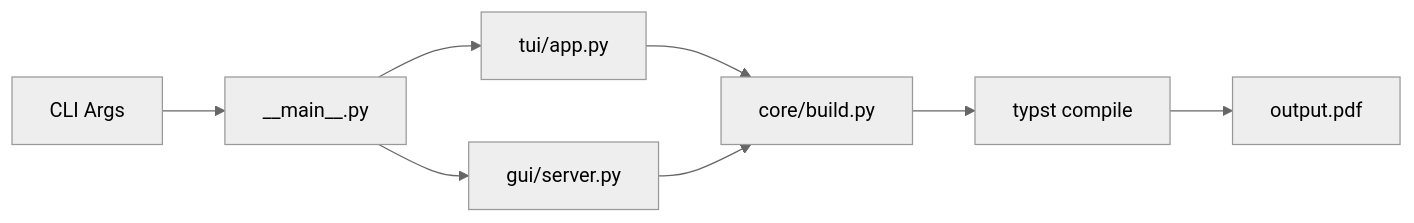
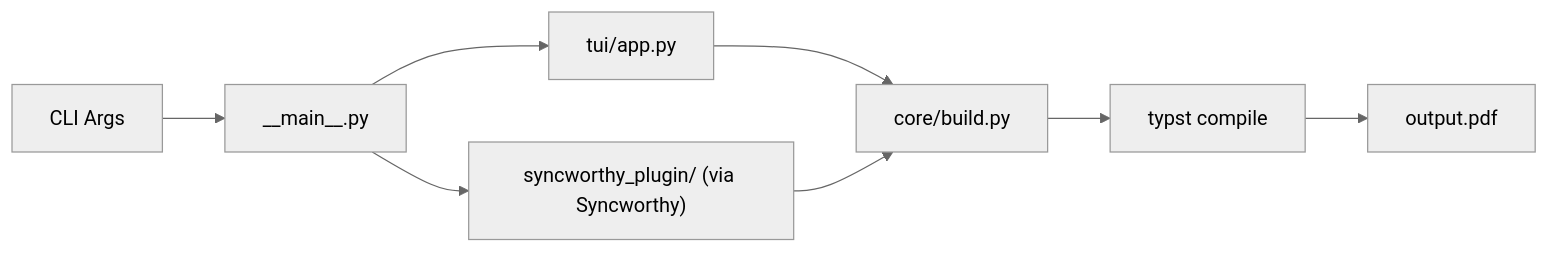
Before and after one commit to sihooleebd/noteworthy: the diagram in docs/architecture/python-layer.md, drawn with Mermaid (neutral theme). The commit also changed other lines of this file and 12 other files, not shown here.

First line of the commit message:
Docs: the GUI is Syncworthy plus the noteworthy plugin

````diff
--- a/docs/architecture/python-layer.md
+++ b/docs/architecture/python-layer.md
@@ -300,12 +275,12 @@
 ```mermaid
 graph LR
     CLI["CLI Args"] --> Main["__main__.py"]
     Main --> TUI["tui/app.py"]
-    Main --> GUI["gui/server.py"]
+    Main --> GUI["syncworthy_plugin/ (via Syncworthy)"]
     
     TUI --> Core["core/build.py"]
     GUI --> Core
     
     Core --> Typst["typst compile"]
     Typst --> PDF["output.pdf"]
 ```
````
